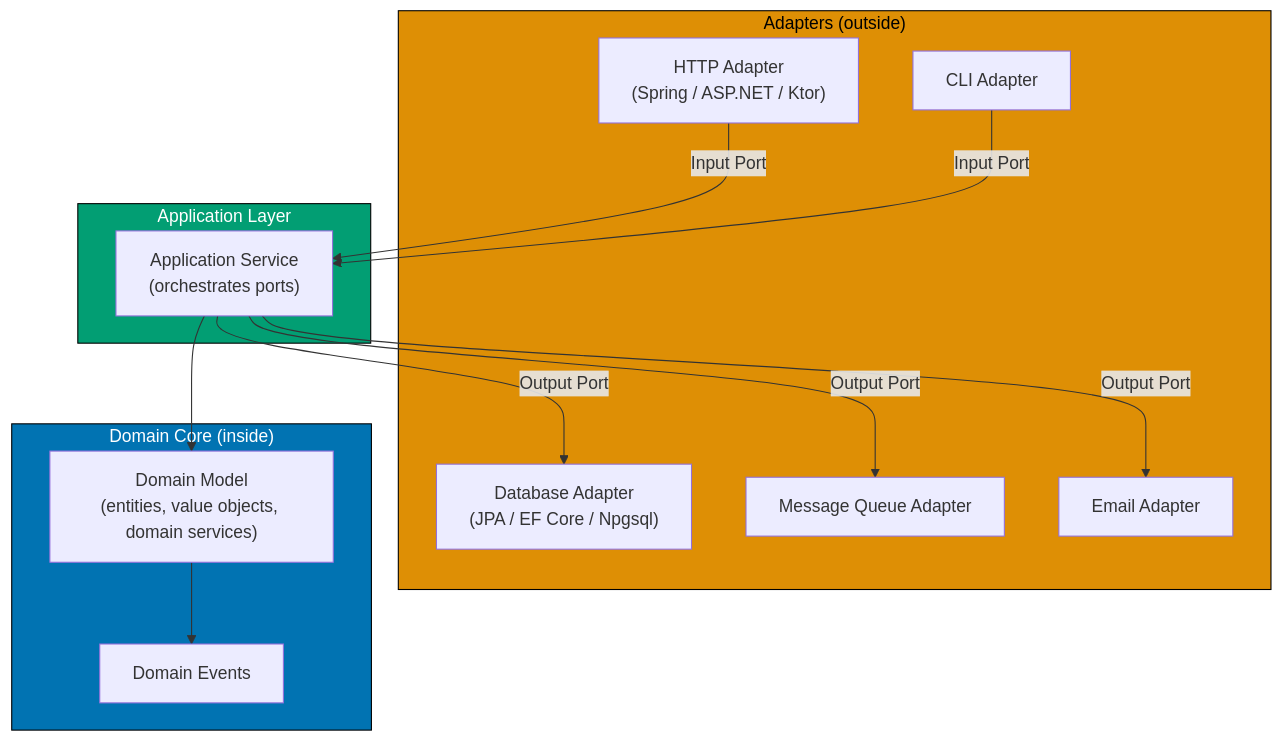
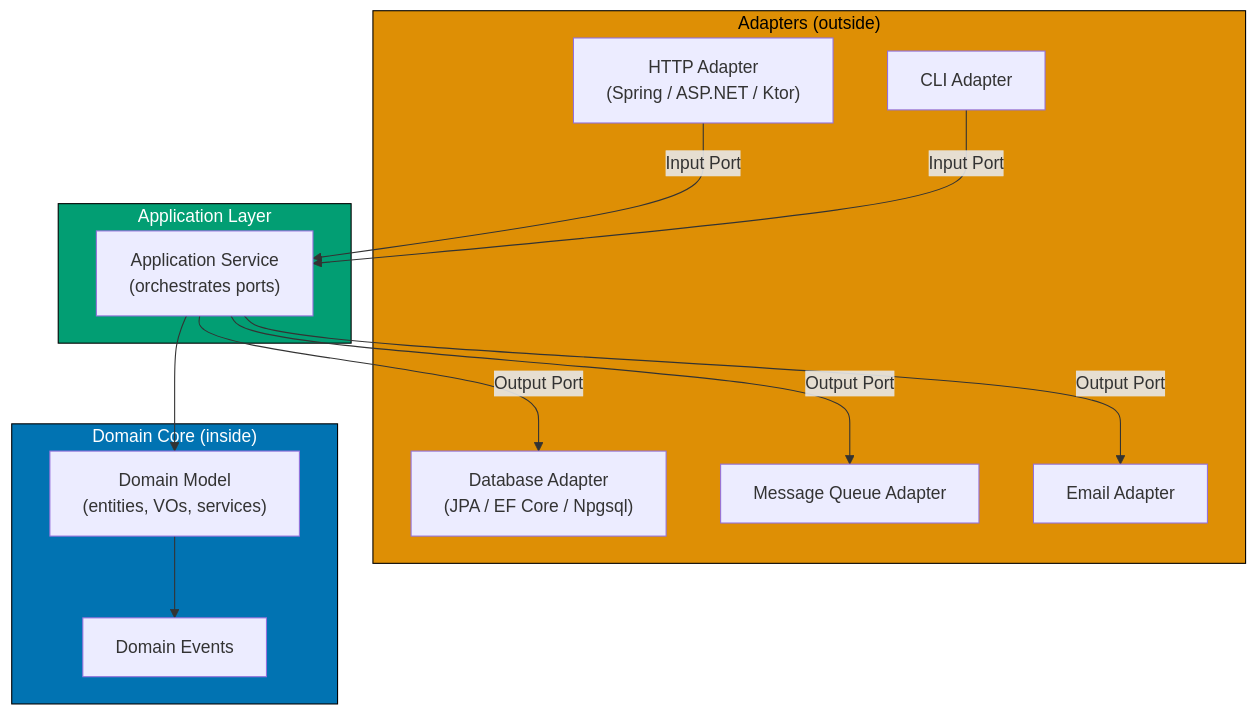
Before and after one commit to wahidyankf/open-sharia-enterprise: the diagram in apps/ayokoding-web/content/en/learn/software-engineering/software-architecture/hexagonal-architecture/overview.md, drawn with Mermaid. The commit also changed other lines of this file and 29 other files, not shown here.

````diff
--- a/apps/ayokoding-web/content/en/learn/software-engineering/software-architecture/hexagonal-architecture/overview.md
+++ b/apps/ayokoding-web/content/en/learn/software-engineering/software-architecture/hexagonal-architecture/overview.md
@@ -20,31 +20,31 @@
 ```mermaid
 graph TD
     subgraph Adapters["Adapters (outside)"]
         HTTP["HTTP Adapter\n(Spring / ASP.NET / Ktor)"]
         CLI["CLI Adapter"]
         DB["Database Adapter\n(JPA / EF Core / Npgsql)"]
         MQ["Message Queue Adapter"]
         Email["Email Adapter"]
     end
 
     subgraph Application["Application Layer"]
         AS["Application Service\n(orchestrates ports)"]
     end
 
     subgraph Domain["Domain Core (inside)"]
-        DM["Domain Model\n(entities, value objects, domain services)"]
+        DM["Domain Model\n(entities, VOs, services)"]
         DE["Domain Events"]
     end
 
     HTTP -- "Input Port" --> AS
     CLI -- "Input Port" --> AS
     AS --> DM
     DM --> DE
     AS -- "Output Port" --> DB
     AS -- "Output Port" --> MQ
     AS -- "Output Port" --> Email
 
     style Domain fill:#0173B2,stroke:#000,color:#fff
     style Application fill:#029E73,stroke:#000,color:#fff
     style Adapters fill:#DE8F05,stroke:#000,color:#000
 ```
````
